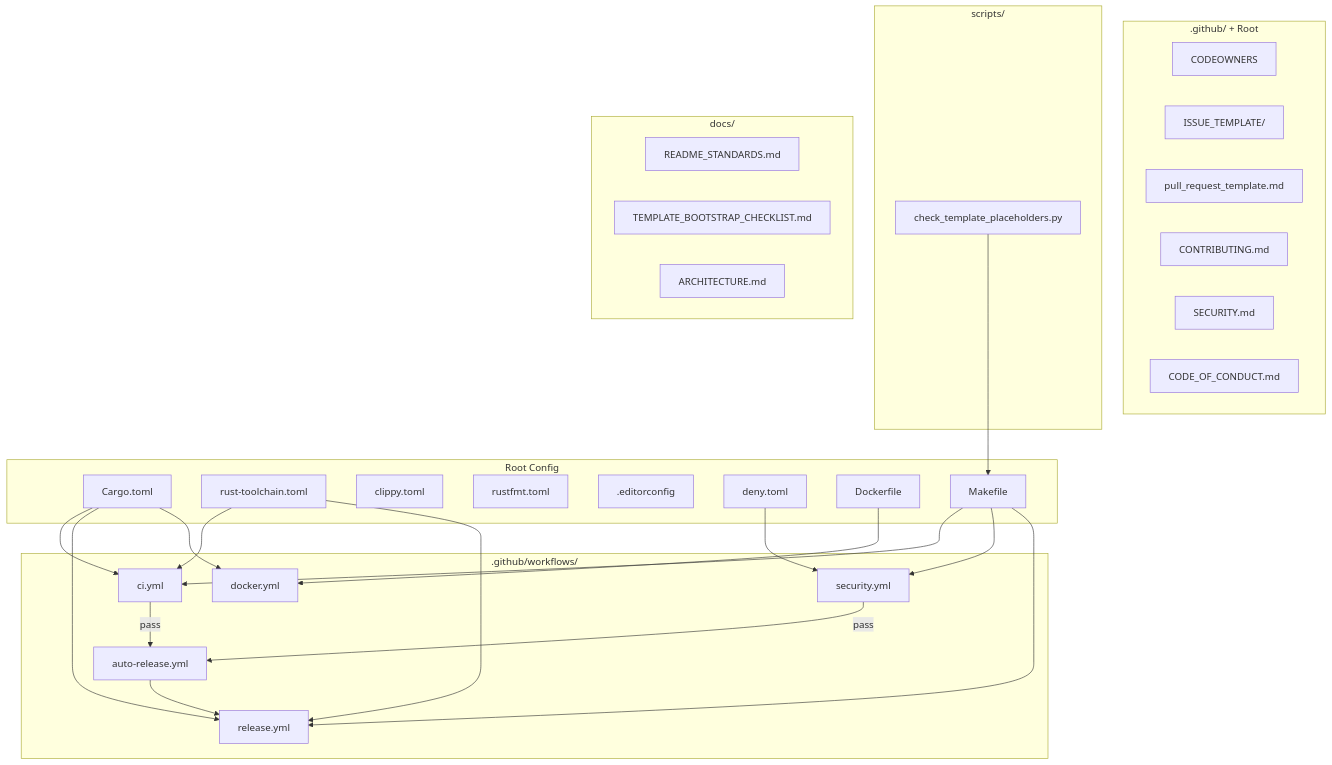
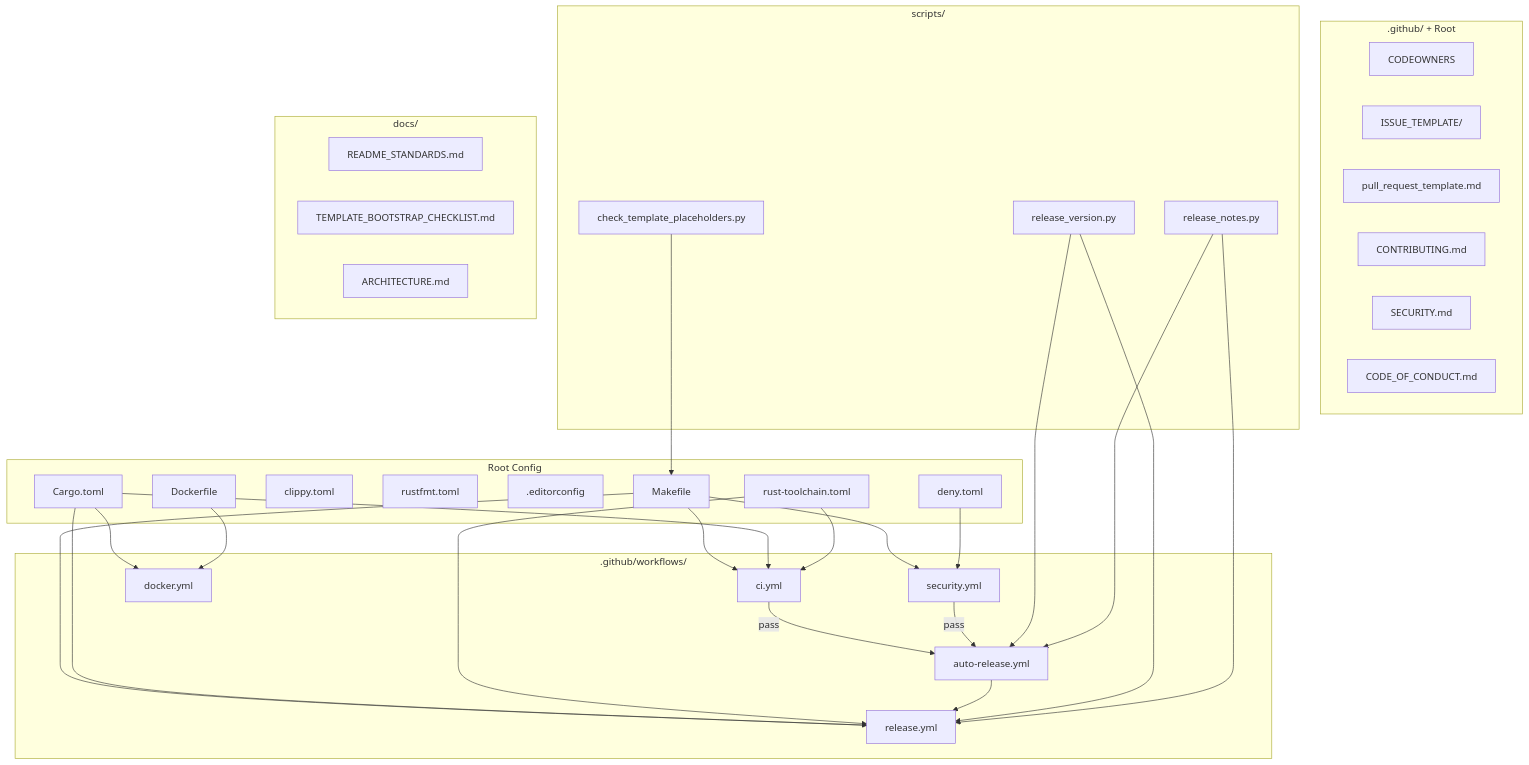
Before and after one commit to ThreatFlux/rust-cicd-template: the diagram in docs/ARCHITECTURE.md, drawn with Mermaid. The commit also changed 5 other files, not shown here.

````diff
--- a/docs/ARCHITECTURE.md
+++ b/docs/ARCHITECTURE.md
@@ -30,50 +30,54 @@
 ```mermaid
 flowchart TB
     subgraph Root["Root Config"]
         CT[Cargo.toml]
         RT[rust-toolchain.toml]
         CL[clippy.toml]
         RF[rustfmt.toml]
         EC[.editorconfig]
         DT[deny.toml]
         DF[Dockerfile]
         MK[Makefile]
     end
 
     subgraph Workflows[".github/workflows/"]
         CI[ci.yml]
         SEC[security.yml]
         REL[release.yml]
         AUTO[auto-release.yml]
         DOCK[docker.yml]
     end
 
     subgraph Governance[".github/ + Root"]
         CO[CODEOWNERS]
         IT[ISSUE_TEMPLATE/]
         PRT[pull_request_template.md]
         CON[CONTRIBUTING.md]
         SECF[SECURITY.md]
         COC[CODE_OF_CONDUCT.md]
     end
 
     subgraph Scripts["scripts/"]
         TP[check_template_placeholders.py]
+        RV[release_version.py]
+        RN[release_notes.py]
     end
 
     subgraph Docs["docs/"]
         RS[README_STANDARDS.md]
         BC[TEMPLATE_BOOTSTRAP_CHECKLIST.md]
         AR[ARCHITECTURE.md]
     end
 
     MK --> CI & SEC & REL
     CT --> CI & REL & DOCK
     RT --> CI & REL
     DT --> SEC
     DF --> DOCK
     CI -- pass --> AUTO
     SEC -- pass --> AUTO
     AUTO --> REL
     TP --> MK
+    RV --> AUTO & REL
+    RN --> AUTO & REL
 ```
````
